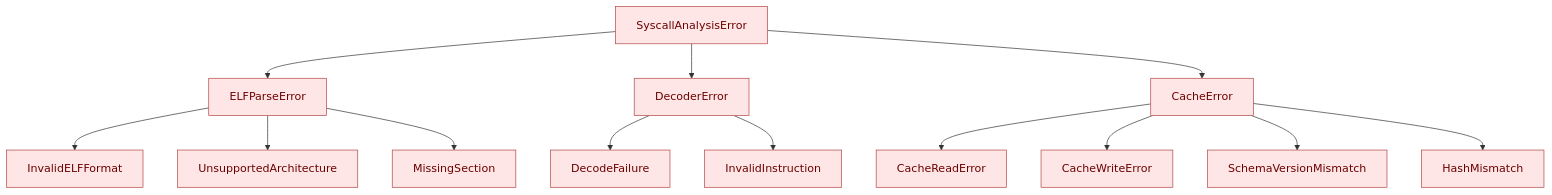
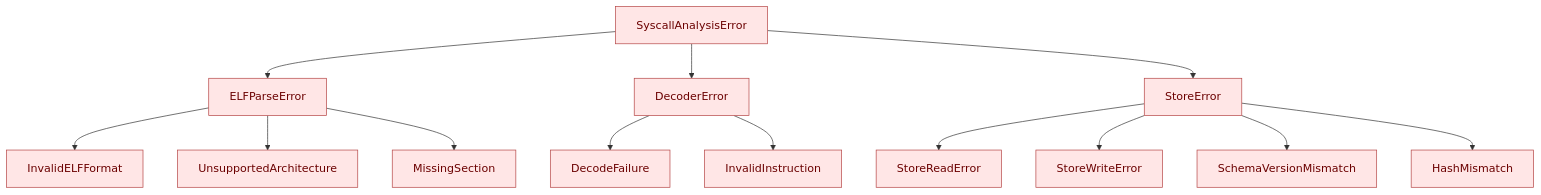
One commit to isseis/go-safe-cmd-runner changed diagram 17 of 18 in docs/tasks/0070_elf_syscall_analysis/02_architecture.md. Above: the diagram before and after it, drawn with Mermaid. The commit also changed other lines of this file and 2 other files, not shown here.

First line of the commit message:
docs: rename integrated cache to file-analysis store

````diff
--- a/docs/tasks/0070_elf_syscall_analysis/02_architecture.md
+++ b/docs/tasks/0070_elf_syscall_analysis/02_architecture.md
@@ -732,22 +729,22 @@
 ```mermaid
 flowchart TD
     classDef error fill:#ffe6e6,stroke:#b54545,stroke-width:1px,color:#6b0000
 
     A["SyscallAnalysisError"] --> B["ELFParseError"]
     A --> C["DecoderError"]
-    A --> D["CacheError"]
+    A --> D["StoreError"]
 
     B --> B1["InvalidELFFormat"]
     B --> B2["UnsupportedArchitecture"]
     B --> B3["MissingSection"]
 
     C --> C1["DecodeFailure"]
     C --> C2["InvalidInstruction"]
 
-    D --> D1["CacheReadError"]
-    D --> D2["CacheWriteError"]
+    D --> D1["StoreReadError"]
+    D --> D2["StoreWriteError"]
     D --> D3["SchemaVersionMismatch"]
     D --> D4["HashMismatch"]
 
     class A,B,C,D,B1,B2,B3,C1,C2,D1,D2,D3,D4 error
 ```
````
